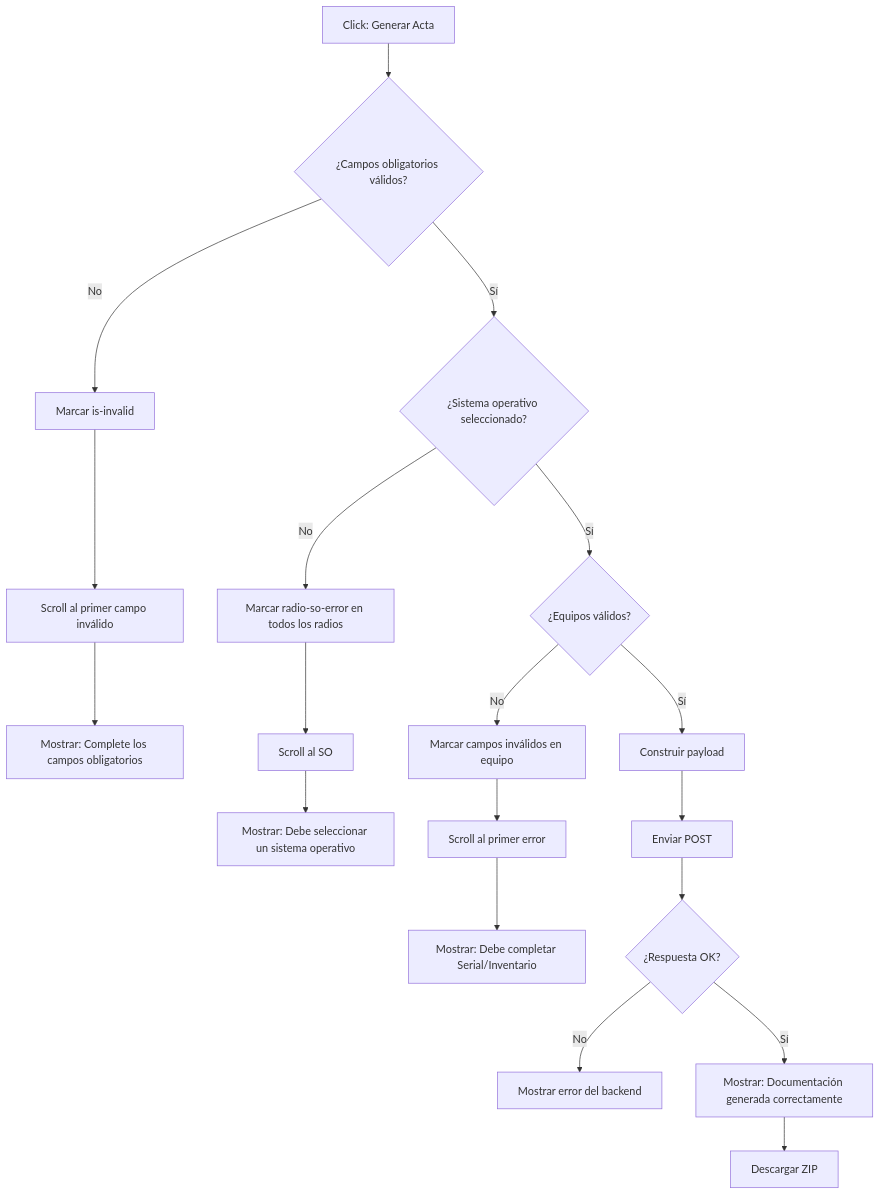
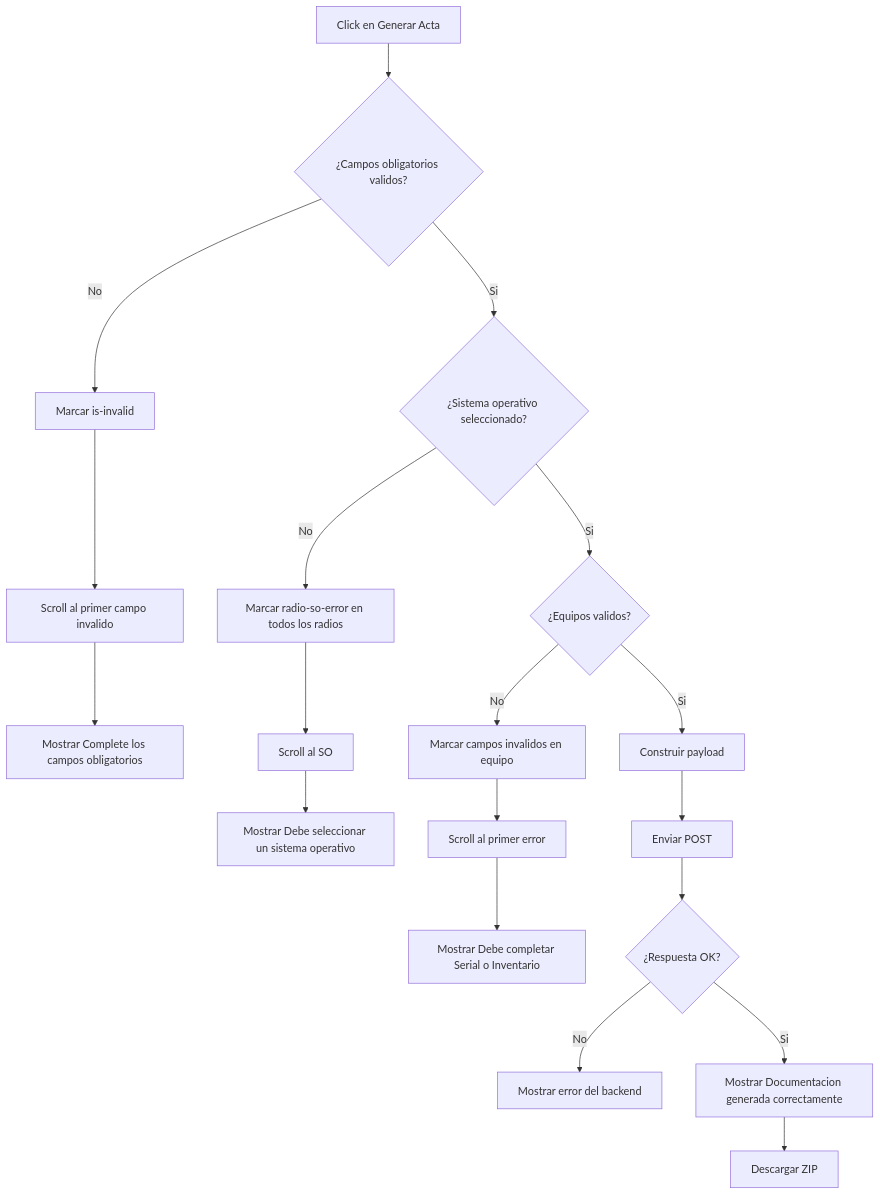
Before and after one commit to juanjosehc/actas-glpi: the tenth of 10 diagrams in FLUJO_FUNCIONAL.md, drawn with Mermaid. The commit also changed other lines of this file, not shown here.

````diff
--- a/FLUJO_FUNCIONAL.md
+++ b/FLUJO_FUNCIONAL.md
@@ -385,21 +391,21 @@
 ```mermaid
 flowchart TD
-    A[Click: Generar Acta] --> B{¿Campos obligatorios válidos?}
+    A[Click en Generar Acta] --> B{¿Campos obligatorios validos?}
     B -->|No| C[Marcar is-invalid]
-    C --> D[Scroll al primer campo inválido]
-    D --> E[Mostrar: Complete los campos obligatorios]
-    B -->|Sí| F{¿Sistema operativo seleccionado?}
+    C --> D[Scroll al primer campo invalido]
+    D --> E[Mostrar Complete los campos obligatorios]
+    B -->|Si| F{¿Sistema operativo seleccionado?}
     F -->|No| G[Marcar radio-so-error en todos los radios]
     G --> H[Scroll al SO]
-    H --> I[Mostrar: Debe seleccionar un sistema operativo]
-    F -->|Sí| J{¿Equipos válidos?}
-    J -->|No| K[Marcar campos inválidos en equipo]
+    H --> I[Mostrar Debe seleccionar un sistema operativo]
+    F -->|Si| J{¿Equipos validos?}
+    J -->|No| K[Marcar campos invalidos en equipo]
     K --> L[Scroll al primer error]
-    L --> M[Mostrar: Debe completar Serial/Inventario]
-    J -->|Sí| N[Construir payload]
+    L --> M[Mostrar Debe completar Serial o Inventario]
+    J -->|Si| N[Construir payload]
     N --> O[Enviar POST]
     O --> P{¿Respuesta OK?}
     P -->|No| Q[Mostrar error del backend]
-    P -->|Sí| R[Mostrar: Documentación generada correctamente]
+    P -->|Si| R[Mostrar Documentacion generada correctamente]
     R --> S[Descargar ZIP]
 ```
````
